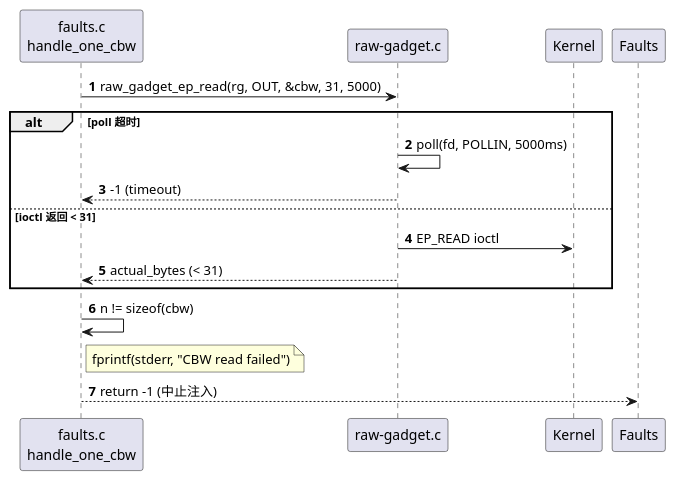
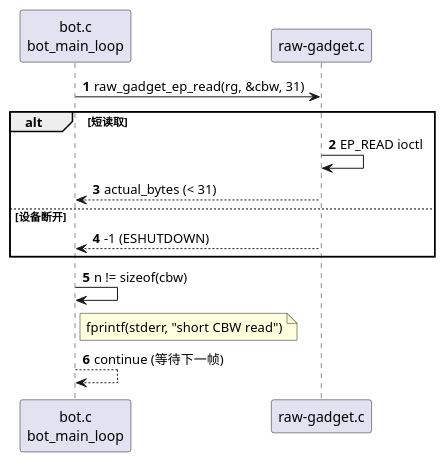
One commit to lechao365/AndroidSystemEnhance changed the third of 9 diagrams in 02-IO增强/02.04-故障注入工具-usb-fault-inject.md. Above: the diagram before and after it, drawn with PlantUML. The commit also changed other lines of this file and 15 other files, not shown here.

````diff
--- a/02-IO增强/02.04-故障注入工具-usb-fault-inject.md
+++ b/02-IO增强/02.04-故障注入工具-usb-fault-inject.md
@@ -107,19 +115,18 @@
 ```plantuml
 @startuml
 autonumber
-participant "faults.c\nhandle_one_cbw" as CBW
+participant "bot.c\nbot_main_loop" as BOT
 participant "raw-gadget.c" as RG
 
-CBW -> RG : raw_gadget_ep_read(rg, OUT, &cbw, 31, 5000)
-alt poll 超时
-    RG -> RG : poll(fd, POLLIN, 5000ms)
-    RG --> CBW : -1 (timeout)
-else ioctl 返回 < 31
-    RG -> Kernel : EP_READ ioctl
-    RG --> CBW : actual_bytes (< 31)
+BOT -> RG : raw_gadget_ep_read(rg, &cbw, 31)
+alt 短读取
+    RG -> RG : EP_READ ioctl
+    RG --> BOT : actual_bytes (< 31)
+else 设备断开
+    RG --> BOT : -1 (ESHUTDOWN)
 end
-CBW -> CBW : n != sizeof(cbw)
-note right of CBW: fprintf(stderr, "CBW read failed")
-CBW --> Faults : return -1 (中止注入)
+BOT -> BOT : n != sizeof(cbw)
+note right of BOT: fprintf(stderr, "short CBW read")
+BOT --> BOT : continue (等待下一帧)
 @enduml
 ```
````
